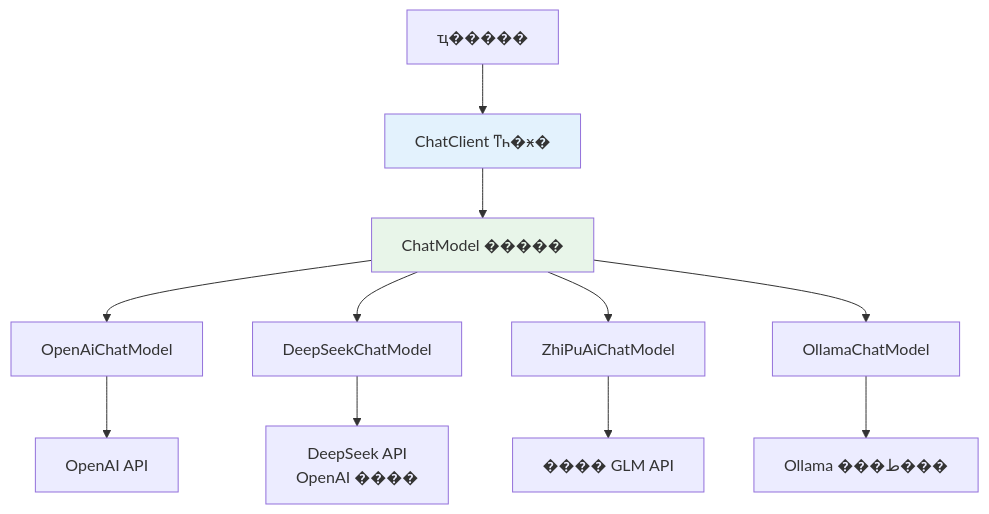
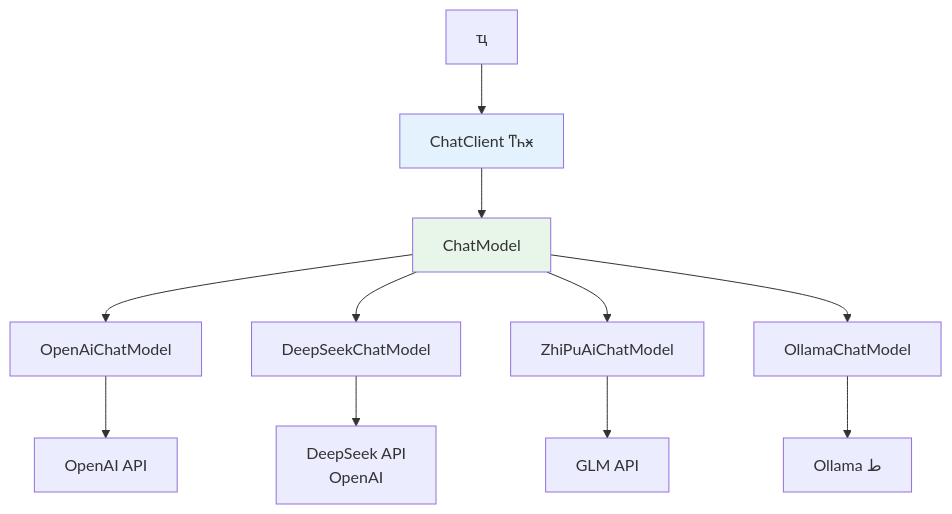
Before and after one commit to TimeHunter618/hugo-maid-code: the second of 8 diagrams in content/post/ai-interview/SpringAI如何接入多种模型.zh-CN.md, drawn with Mermaid. The commit also changed other lines of this file and 55 other files, not shown here.

````diff
--- a/content/post/ai-interview/SpringAI如何接入多种模型.zh-CN.md
+++ b/content/post/ai-interview/SpringAI如何接入多种模型.zh-CN.md
@@ -73,18 +73,18 @@
 ```mermaid
 graph TD
-    A[ҵ�����] --> B[ChatClient ͳһ�ӿ�]
-    B --> C[ChatModel �����]
+    A[ҵ] --> B[ChatClient ͳһӿ]
+    B --> C[ChatModel ]
 
     C --> D[OpenAiChatModel]
     C --> E[DeepSeekChatModel]
     C --> F[ZhiPuAiChatModel]
     C --> G[OllamaChatModel]
 
     D --> D1[OpenAI API]
-    E --> E1[DeepSeek API<br/>OpenAI ����]
-    F --> F1[���� GLM API]
-    G --> G1[Ollama ���ط���]
+    E --> E1[DeepSeek API<br/>OpenAI ]
+    F --> F1[ GLM API]
+    G --> G1[Ollama ط]
 
     style B fill:#e3f2fd
     style C fill:#e8f5e9
 ```
````
